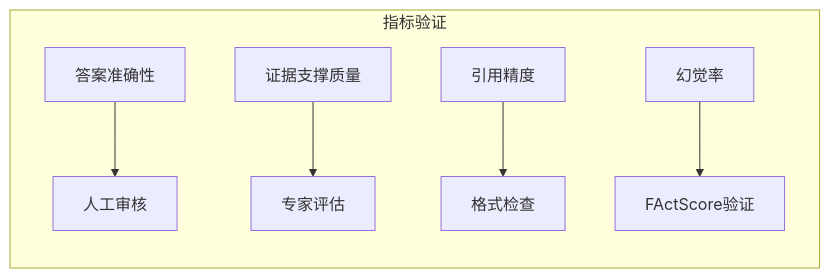
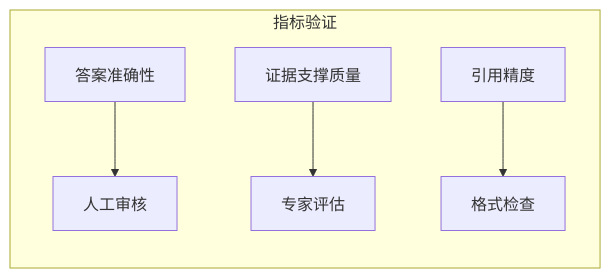
Before and after one commit to kitee0918/-nlp-rag-project: diagram 15 of 15 in .qoder/repowiki/zh/content/跨领域性能评估.md, drawn with Mermaid. The commit also changed other lines of this file and 9 other files, not shown here.

````diff
--- a/.qoder/repowiki/zh/content/跨领域性能评估.md
+++ b/.qoder/repowiki/zh/content/跨领域性能评估.md
@@ -483,9 +443,8 @@
 ```mermaid
 graph LR
 subgraph "指标验证"
 A[答案准确性] --> B[人工审核]
 C[证据支撑质量] --> D[专家评估]
 E[引用精度] --> F[格式检查]
-G[幻觉率] --> H[FActScore验证]
 end
 ```
````
